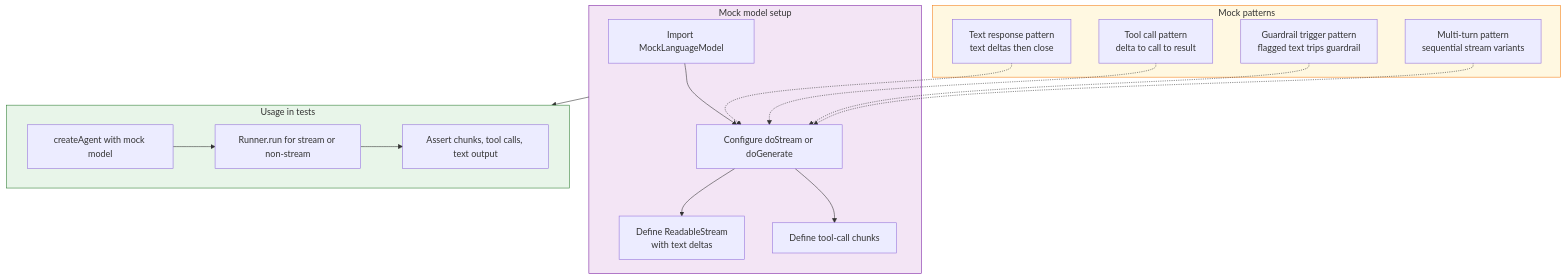
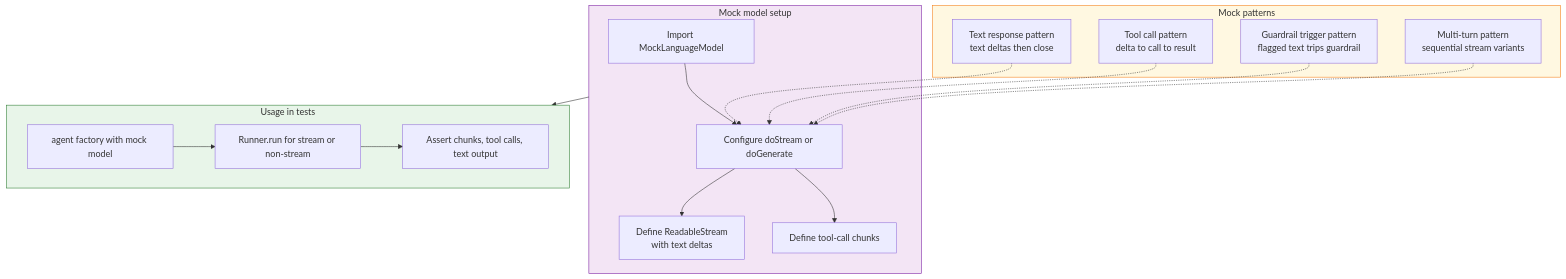
The fifth of 7 diagrams in plan/16-testing.md (1qh/safeagent), drawn with Mermaid before and after one commit. The commit also changed other lines of this file and 18 other files, not shown here.

````diff
--- a/plan/16-testing.md
+++ b/plan/16-testing.md
@@ -195,36 +195,36 @@
 ```mermaid
 flowchart TD
     subgraph MOCK_SETUP["Mock model setup"]
         MOCK_IMPORT["Import MockLanguageModel"]
         MOCK_CONFIGURE["Configure doStream or doGenerate"]
         MOCK_STREAM_DEFINE["Define ReadableStream\nwith text deltas"]
         MOCK_TOOL_DEFINE["Define tool-call chunks"]
     end
 
     subgraph MOCK_USAGE["Usage in tests"]
-        MOCK_AGENT_CREATE["createAgent with mock model"]
+        MOCK_AGENT_CREATE["agent factory with mock model"]
         MOCK_RUNNER_CALL["Runner.run for stream or non-stream"]
         MOCK_ASSERTIONS["Assert chunks, tool calls, text output"]
     end
 
     subgraph MOCK_PATTERNS["Mock patterns"]
         MOCK_TEXT_PATTERN["Text response pattern\ntext deltas then close"]
         MOCK_TOOL_PATTERN["Tool call pattern\ndelta to call to result"]
         MOCK_GUARD_PATTERN["Guardrail trigger pattern\nflagged text trips guardrail"]
         MOCK_MULTI_TURN_PATTERN["Multi-turn pattern\nsequential stream variants"]
     end
 
     MOCK_IMPORT --> MOCK_CONFIGURE --> MOCK_STREAM_DEFINE
     MOCK_CONFIGURE --> MOCK_TOOL_DEFINE
     MOCK_AGENT_CREATE --> MOCK_RUNNER_CALL --> MOCK_ASSERTIONS
     MOCK_SETUP --> MOCK_USAGE
 
     MOCK_TEXT_PATTERN -.-> MOCK_CONFIGURE
     MOCK_TOOL_PATTERN -.-> MOCK_CONFIGURE
     MOCK_GUARD_PATTERN -.-> MOCK_CONFIGURE
     MOCK_MULTI_TURN_PATTERN -.-> MOCK_CONFIGURE
 
     style MOCK_SETUP fill:#f3e5f5,stroke:#7b1fa2
     style MOCK_USAGE fill:#e8f5e9,stroke:#2e7d32
     style MOCK_PATTERNS fill:#fff8e1,stroke:#f57f17
 ```
````
